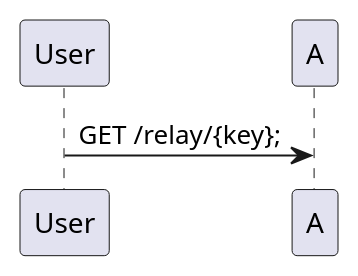
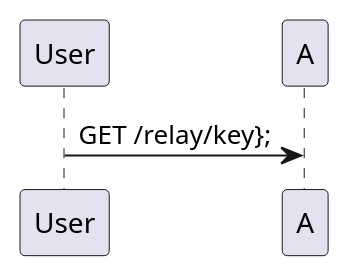
Before and after one commit to TLmaK0/gravizo: the diagram in ERROR.md, drawn with PlantUML.

```diff
--- a/ERROR.md
+++ b/ERROR.md
@@ -6,3 +6,3 @@
 @startuml;
-User -> A: GET /relay/{key};
+User -> A: GET /relay/key};
 @enduml
```
